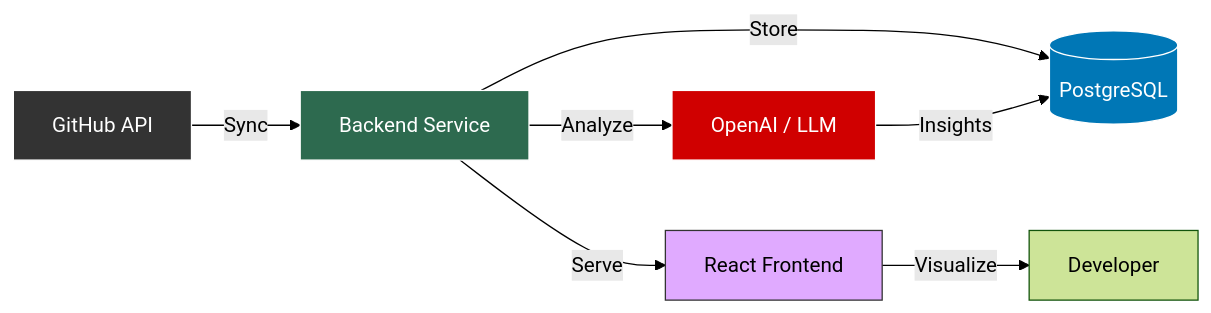
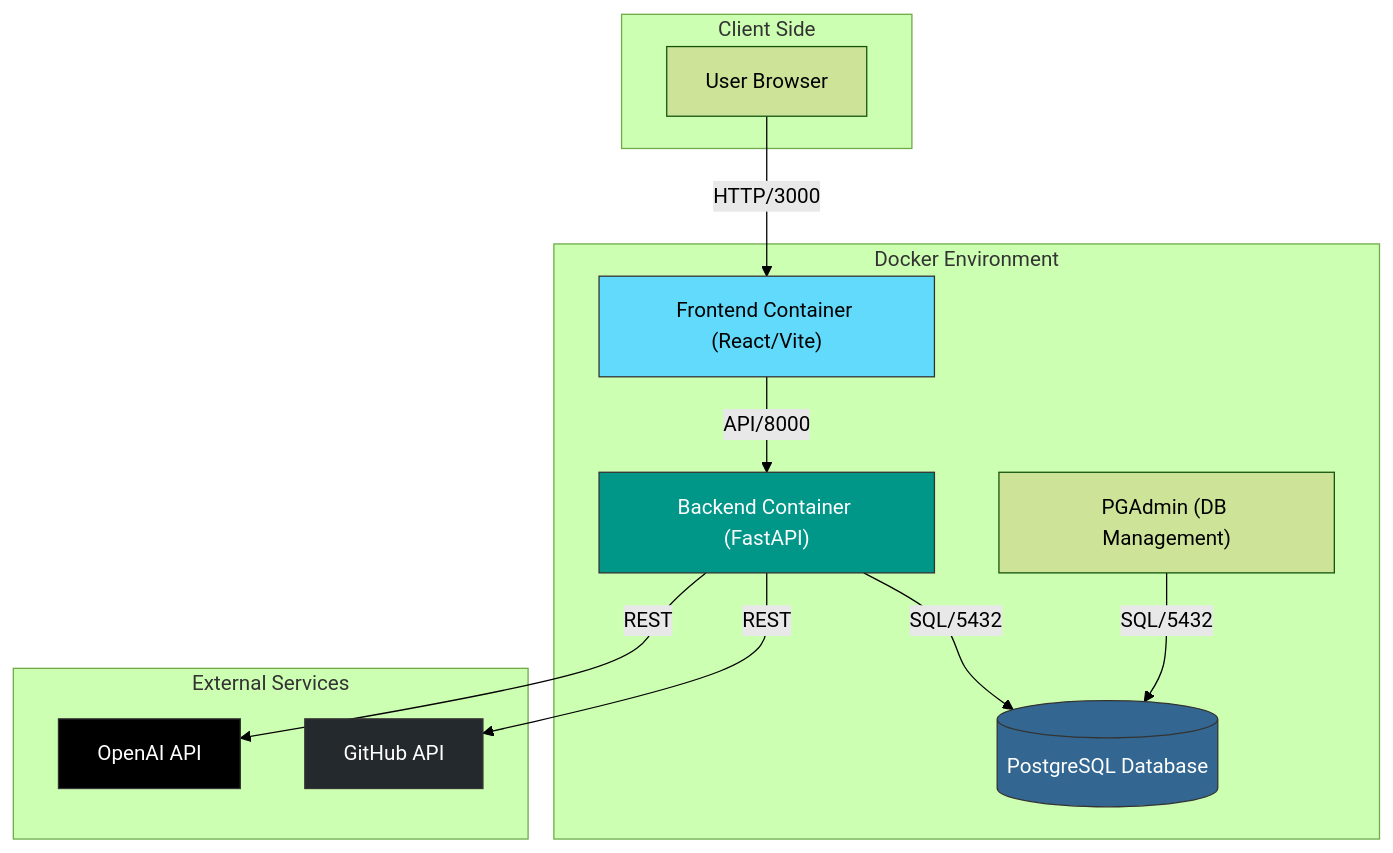
Before and after one commit to Efrat-Wilinger/-GitArena: the second of 2 diagrams in GitArena/README.md, drawn with Mermaid (forest theme). The commit also changed other lines of this file and 15 other files, not shown here.

Commit message:
feat: Introduce AI insights, project selection, and team management features with supporting backend analytics and GitHub API integration.

````diff
--- a/GitArena/README.md
+++ b/GitArena/README.md
@@ -162,15 +85,33 @@
 ```mermaid
-graph LR
-    GH[GitHub API] -->|Sync| BE[Backend Service]
-    BE -->|Store| DB[(PostgreSQL)]
-    BE -->|Analyze| AI[OpenAI / LLM]
-    AI -->|Insights| DB
-    BE -->|Serve| FE[React Frontend]
-    FE -->|Visualize| User[Developer]
+graph TD
+    subgraph Client ["Client Side"]
+        Browser["User Browser"]
+    end
+
+    subgraph Docker ["Docker Environment"]
+        FE["Frontend Container (React/Vite)"]
+        BE["Backend Container (FastAPI)"]
+        DB[("PostgreSQL Database")]
+        PG["PGAdmin (DB Management)"]
+    end
+
+    subgraph External ["External Services"]
+        GH["GitHub API"]
+        AI["OpenAI API"]
+    end
+
+    Browser -->|HTTP/3000| FE
+    FE -->|API/8000| BE
     
-    style GH fill:#333,stroke:#fff,color:#fff
-    style BE fill:#2d6a4f,stroke:#fff,color:#fff
-    style DB fill:#0077b6,stroke:#fff,color:#fff
-    style AI fill:#d00000,stroke:#fff,color:#fff
-    style FE fill:#e0aaff,stroke:#333,color:#000
+    BE -->|SQL/5432| DB
+    PG -->|SQL/5432| DB
+    
+    BE -->|REST| GH
+    BE -->|REST| AI
+    
+    style FE fill:#61dafb,stroke:#333,color:#000
+    style BE fill:#009688,stroke:#333,color:#fff
+    style DB fill:#336791,stroke:#333,color:#fff
+    style AI fill:#000000,stroke:#333,color:#fff
+    style GH fill:#24292e,stroke:#333,color:#fff
 ```
````
